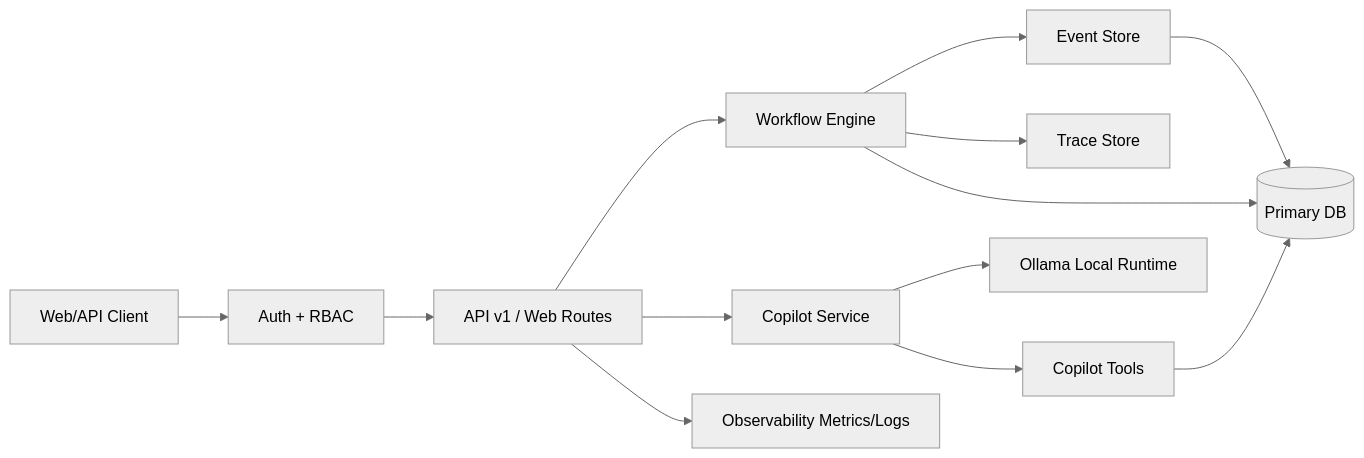
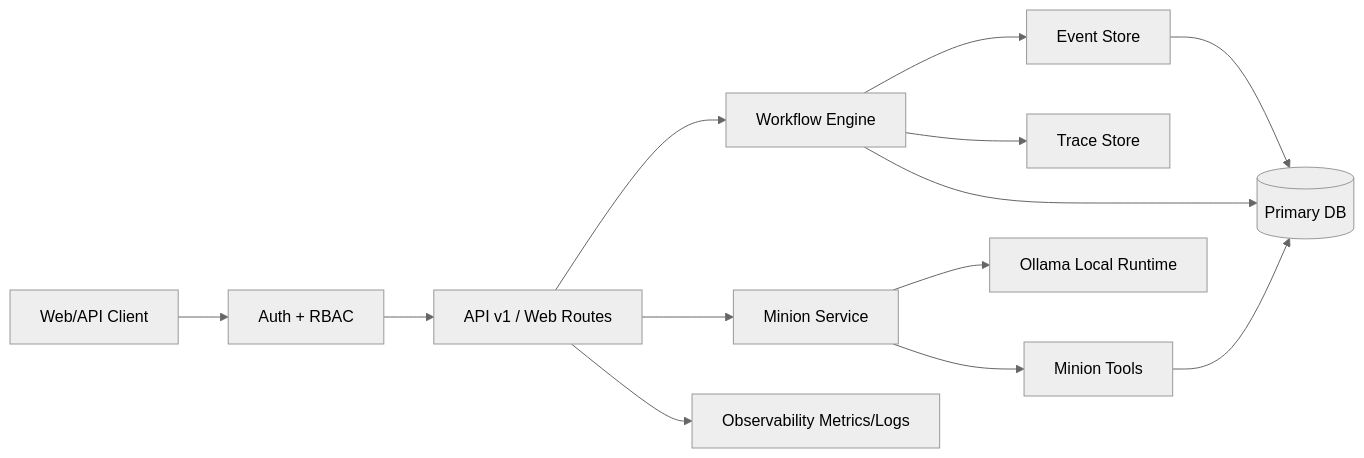
Before and after one commit to josephgiardello-cloud/ngo-homesuite: the diagram in docs/architecture_v2.md, drawn with Mermaid (neutral theme). The commit also changed other lines of this file and 164 other files, not shown here.

Commit message:
Rename Copilot to Minion and harden Grants.gov/dashboard security

````diff
--- a/docs/architecture_v2.md
+++ b/docs/architecture_v2.md
@@ -37,15 +37,15 @@
 ```mermaid
 flowchart LR
 	Client[Web/API Client] --> Auth[Auth + RBAC]
 	Auth --> V1[API v1 / Web Routes]
 	V1 --> WF[Workflow Engine]
-	V1 --> CP[Copilot Service]
+	V1 --> CP[Minion Service]
 	WF --> ES[Event Store]
 	WF --> TR[Trace Store]
 	CP --> OLL[Ollama Local Runtime]
-	CP --> TOOLS[Copilot Tools]
+	CP --> TOOLS[Minion Tools]
 	TOOLS --> DB[(Primary DB)]
 	WF --> DB
 	ES --> DB
 	V1 --> OBS[Observability Metrics/Logs]
 ```
````
